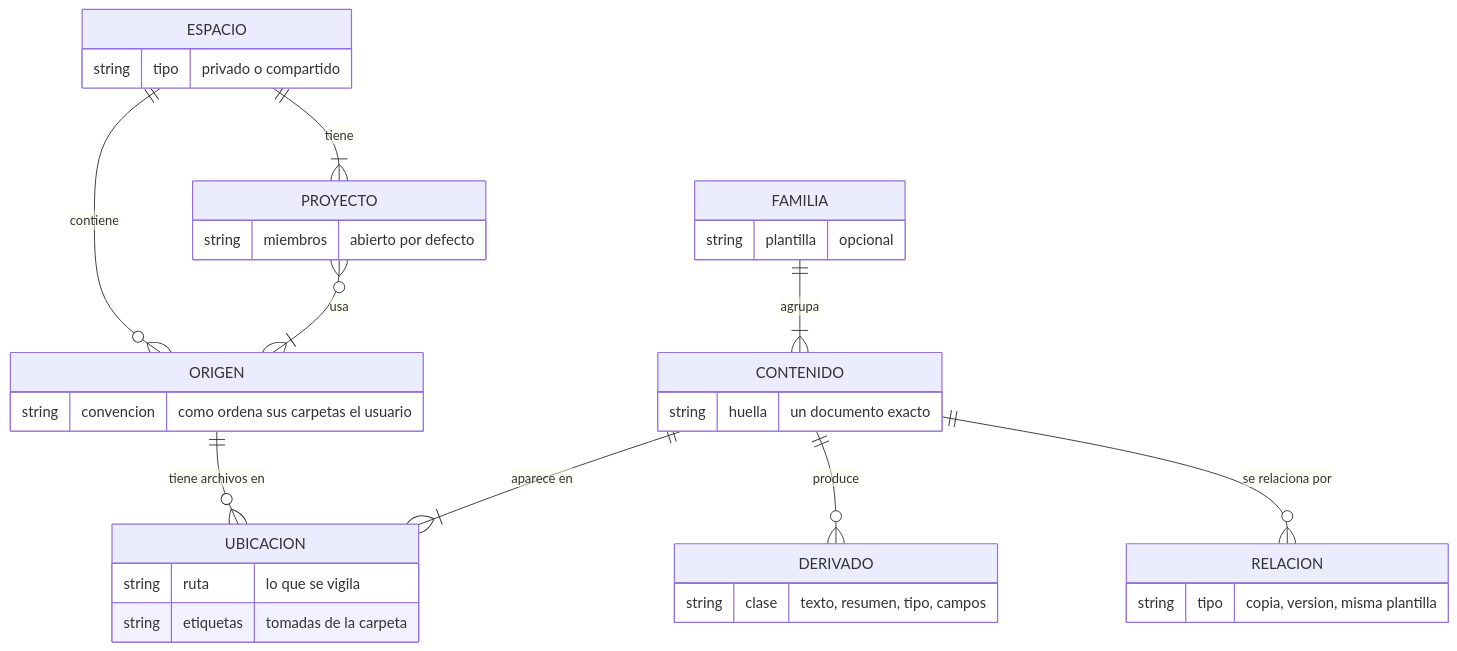
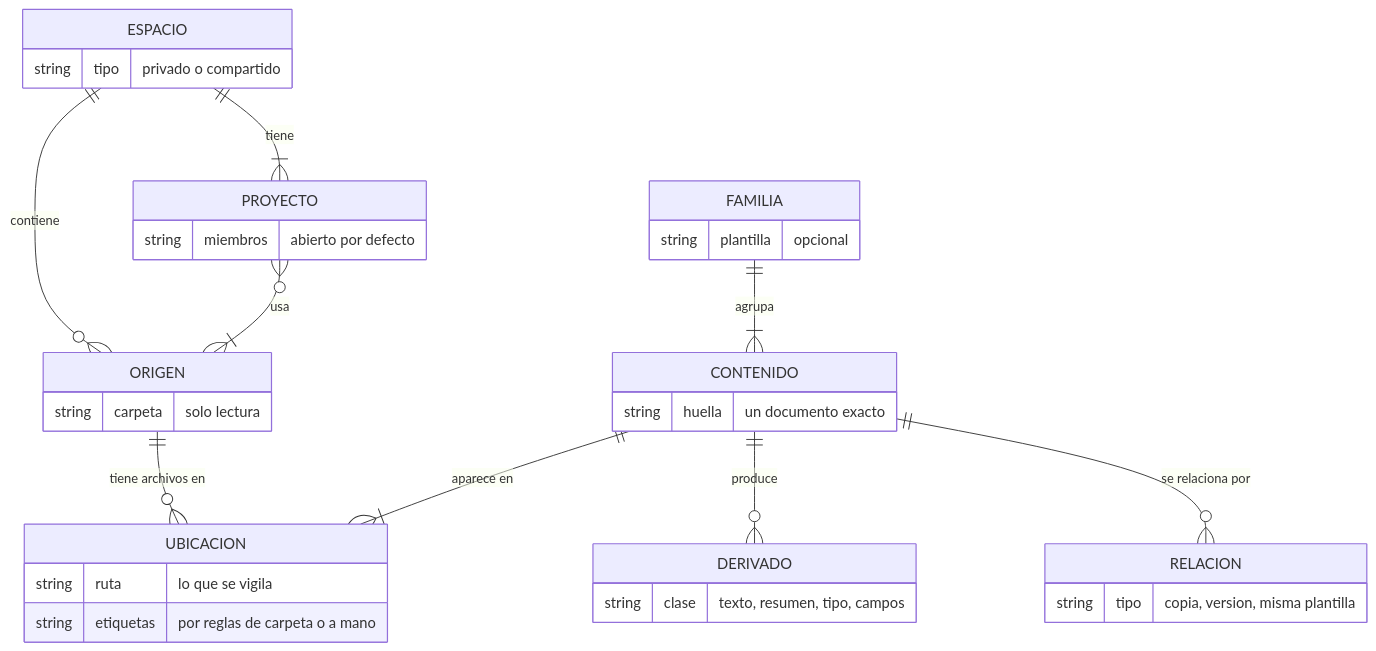
The first of 7 diagrams in docs/design/base-documental.md (Micelya/llm_wiki), drawn with Mermaid before and after one commit. The commit also changed other lines of this file, not shown here.

````diff
--- a/docs/design/base-documental.md
+++ b/docs/design/base-documental.md
@@ -29,23 +29,23 @@
 ```mermaid
 erDiagram
     ESPACIO ||--o{ ORIGEN : contiene
     ORIGEN ||--o{ UBICACION : "tiene archivos en"
     CONTENIDO ||--|{ UBICACION : "aparece en"
     CONTENIDO ||--o{ DERIVADO : produce
     FAMILIA ||--|{ CONTENIDO : agrupa
     CONTENIDO ||--o{ RELACION : "se relaciona por"
     ESPACIO ||--|{ PROYECTO : tiene
     PROYECTO }o--|{ ORIGEN : usa
 
     ESPACIO { string tipo "privado o compartido" }
-    ORIGEN { string convencion "como ordena sus carpetas el usuario" }
+    ORIGEN { string carpeta "solo lectura" }
     UBICACION {
         string ruta "lo que se vigila"
-        string etiquetas "tomadas de la carpeta"
+        string etiquetas "por reglas de carpeta o a mano"
     }
     CONTENIDO { string huella "un documento exacto" }
     DERIVADO { string clase "texto, resumen, tipo, campos" }
     FAMILIA { string plantilla "opcional" }
     RELACION { string tipo "copia, version, misma plantilla" }
     PROYECTO { string miembros "abierto por defecto" }
 ```
````
